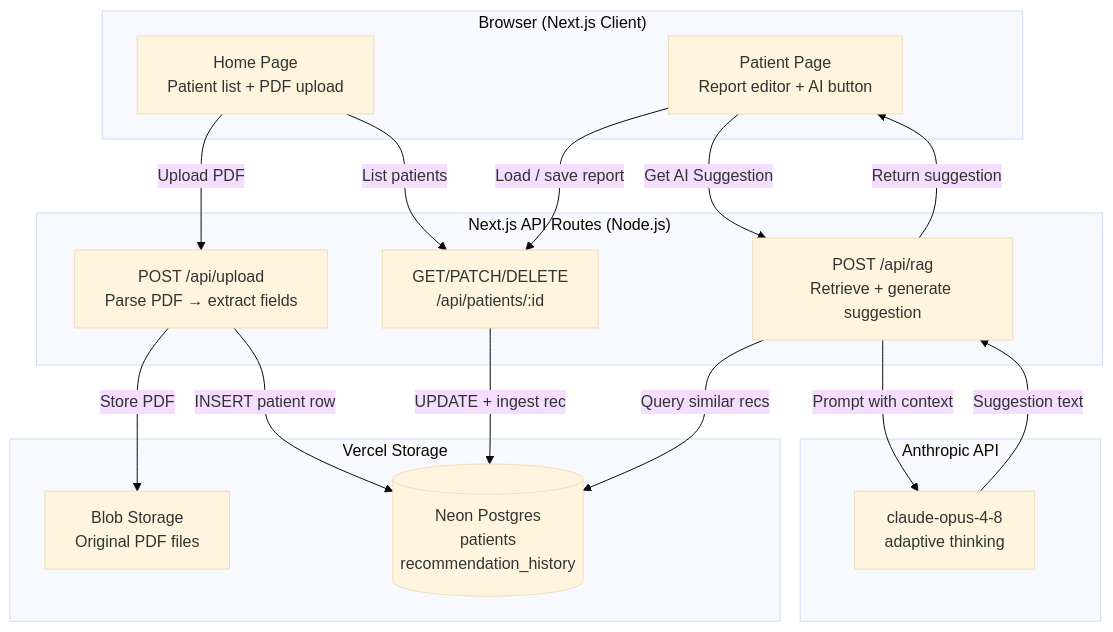
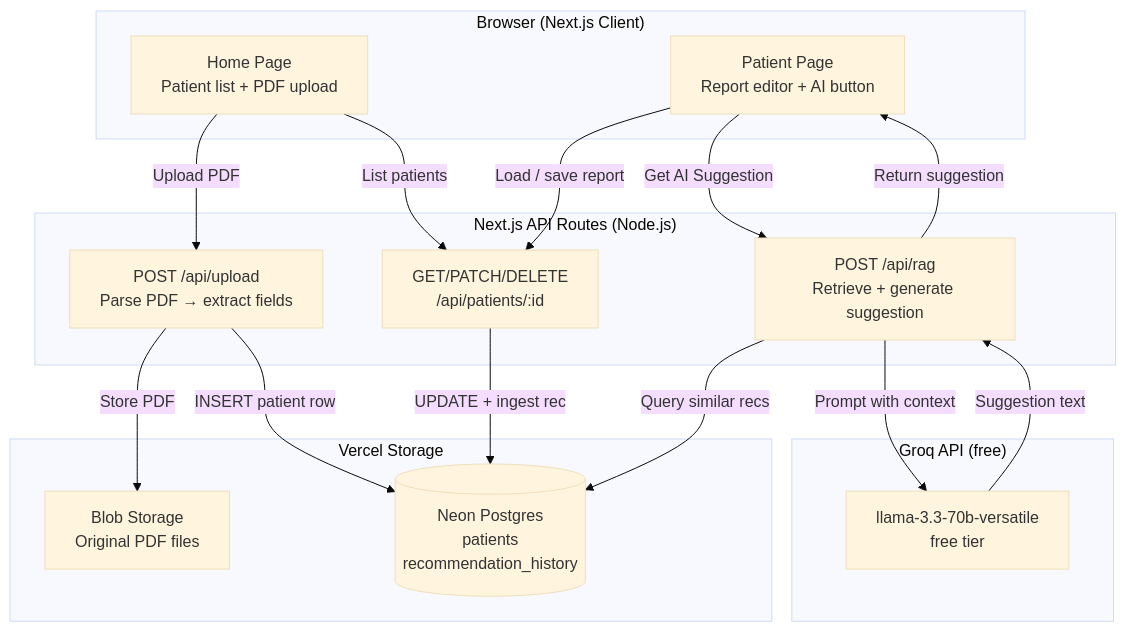
The first of 4 diagrams in README.md (srak71/FibroReview2), drawn with Mermaid (base theme) before and after one commit. The commit also changed other lines of this file and 1 other file, not shown here.

First line of the commit message:
Update README to reflect Groq/Llama instead of Anthropic/Claude

````diff
--- a/README.md
+++ b/README.md
@@ -9,36 +9,36 @@
 ```mermaid
 flowchart TD
     subgraph Browser["Browser (Next.js Client)"]
         UI_Home["Home Page\nPatient list + PDF upload"]
         UI_Patient["Patient Page\nReport editor + AI button"]
     end
 
     subgraph API["Next.js API Routes (Node.js)"]
         RT_Upload["POST /api/upload\nParse PDF → extract fields"]
         RT_Patients["GET/PATCH/DELETE\n/api/patients/:id"]
         RT_RAG["POST /api/rag\nRetrieve + generate suggestion"]
     end
 
     subgraph Storage["Vercel Storage"]
         Blob["Blob Storage\nOriginal PDF files"]
         Postgres[("Neon Postgres\npatients\nrecommendation_history")]
     end
 
-    subgraph LLM["Anthropic API"]
-        Claude["claude-opus-4-8\nadaptive thinking"]
+    subgraph LLM["Groq API (free)"]
+        Llama["llama-3.3-70b-versatile\nfree tier"]
     end
 
     UI_Home -->|"Upload PDF"| RT_Upload
     RT_Upload -->|"Store PDF"| Blob
     RT_Upload -->|"INSERT patient row"| Postgres
     UI_Home -->|"List patients"| RT_Patients
 
     UI_Patient -->|"Load / save report"| RT_Patients
     RT_Patients -->|"UPDATE + ingest rec"| Postgres
 
     UI_Patient -->|"Get AI Suggestion"| RT_RAG
     RT_RAG -->|"Query similar recs"| Postgres
-    RT_RAG -->|"Prompt with context"| Claude
-    Claude -->|"Suggestion text"| RT_RAG
+    RT_RAG -->|"Prompt with context"| Llama
+    Llama -->|"Suggestion text"| RT_RAG
     RT_RAG -->|"Return suggestion"| UI_Patient
 ```
````
